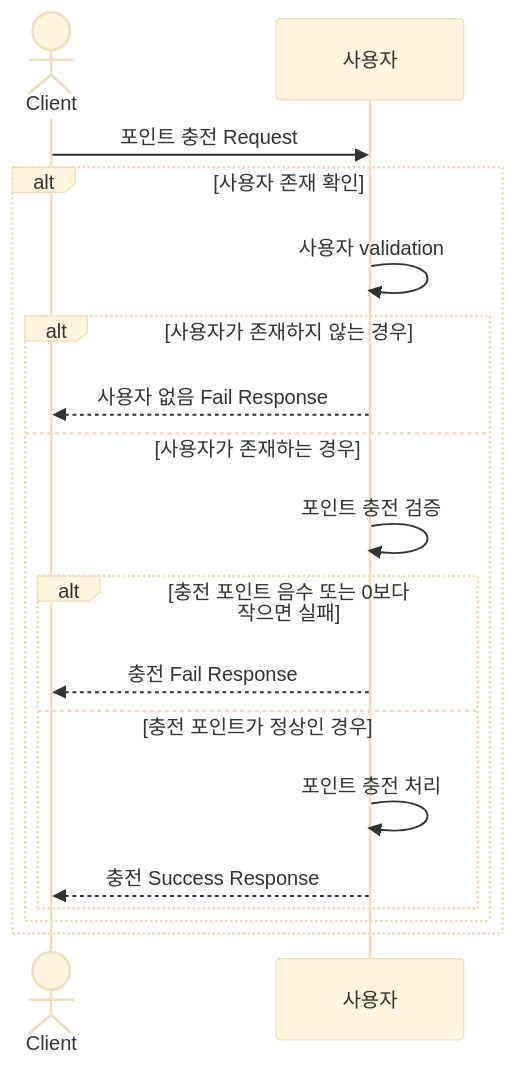
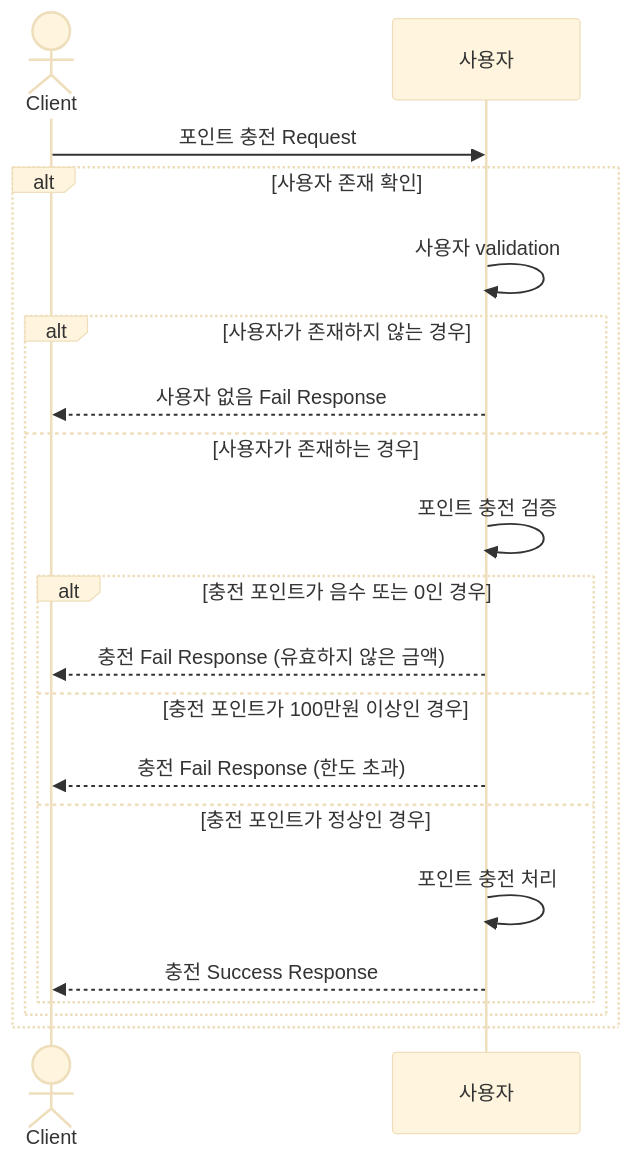
Before and after one commit to KMGeon/hhplus-e-commerce: the second of 8 diagrams in docs/SequenceDiagram.md, drawn with Mermaid (base theme). The commit also changed other lines of this file, not shown here.

Commit message:
[DOCS] : 시퀀스 다이어그램

````diff
--- a/docs/SequenceDiagram.md
+++ b/docs/SequenceDiagram.md
@@ -35,24 +36,26 @@
 ```mermaid
 sequenceDiagram
     actor Client
     participant Usr as 사용자
     
     Client->>Usr: 포인트 충전 Request
     
     alt 사용자 존재 확인
         Usr->>Usr: 사용자 validation
         
         alt 사용자가 존재하지 않는 경우
             Usr-->>Client: 사용자 없음 Fail Response
         else 사용자가 존재하는 경우
             Usr->>Usr: 포인트 충전 검증
             
-            alt 충전 포인트 음수 또는 0보다 작으면 실패
-                Usr-->>Client: 충전 Fail Response
+            alt 충전 포인트가 음수 또는 0인 경우
+                Usr-->>Client: 충전 Fail Response (유효하지 않은 금액)
+            else 충전 포인트가 100만원 이상인 경우
+                Usr-->>Client: 충전 Fail Response (한도 초과)
             else 충전 포인트가 정상인 경우
                 Usr->>Usr: 포인트 충전 처리
                 Usr-->>Client: 충전 Success Response
             end
         end
     end
 ```
````
